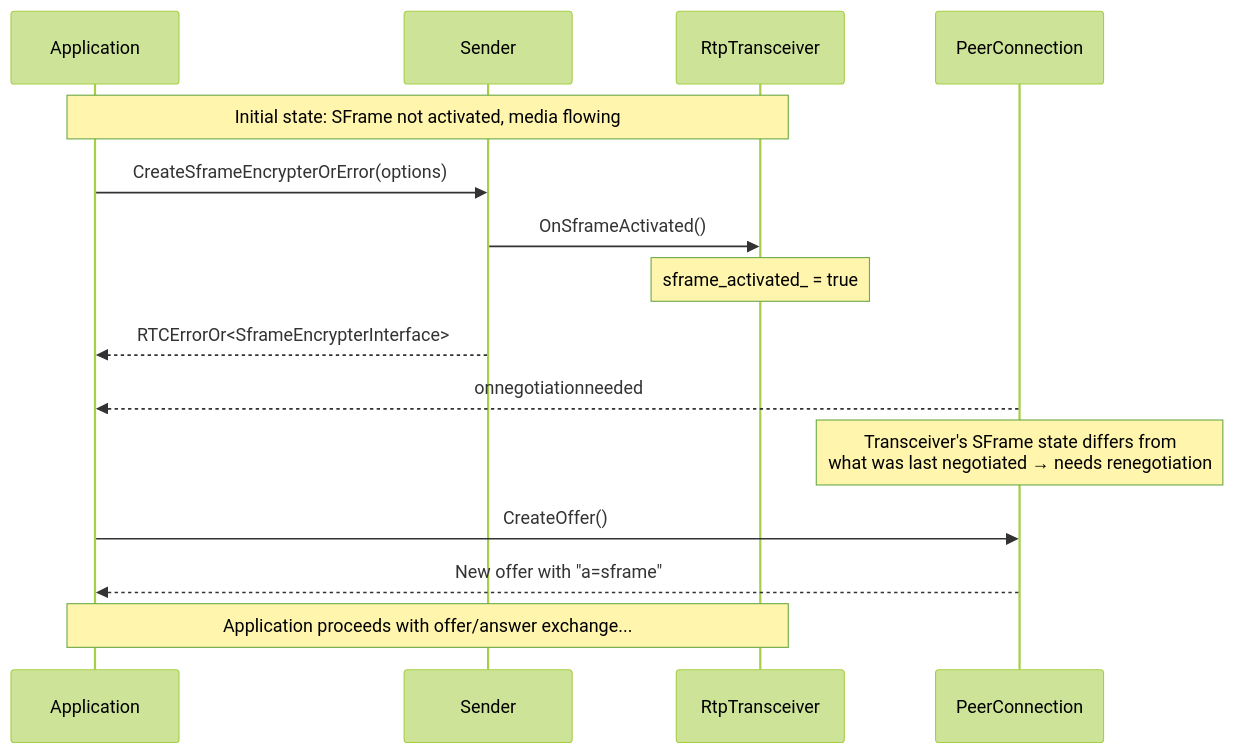
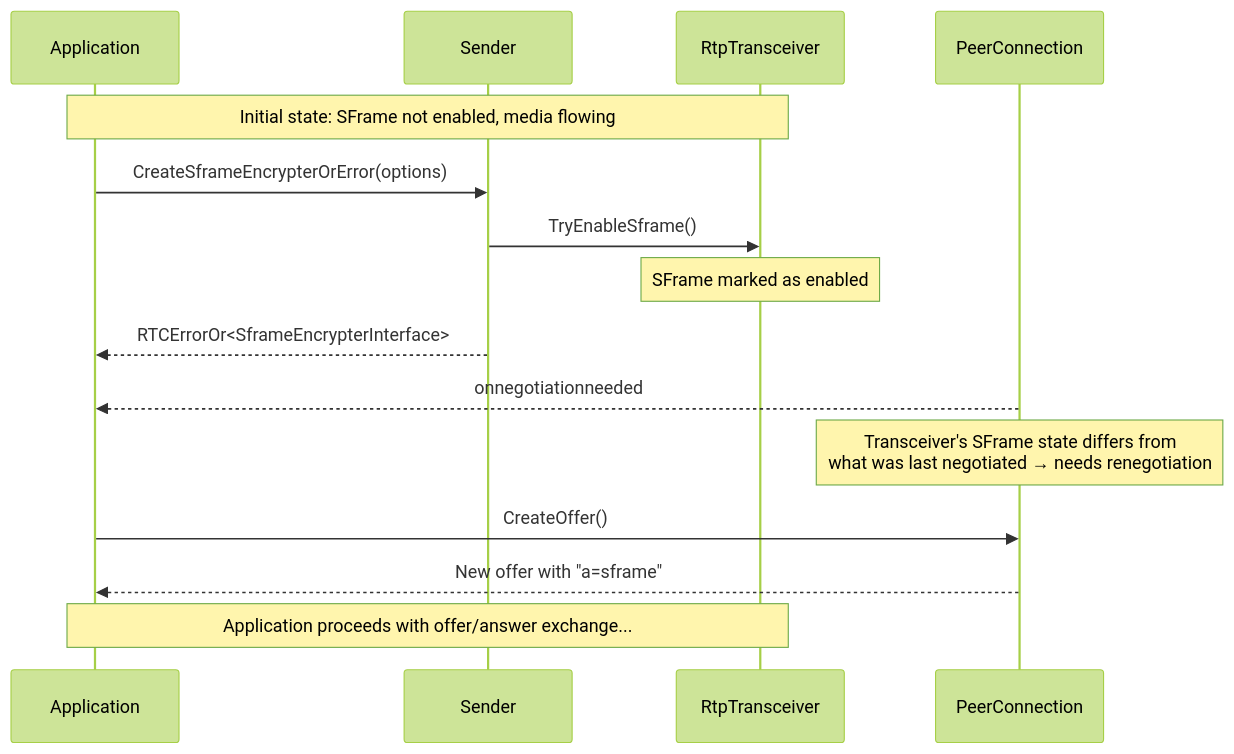
The fifth of 6 diagrams in negotiation.md (webex/webrtc-sframe), drawn with Mermaid (forest theme) before and after one commit. The commit also changed other lines of this file and 1 other file, not shown here.

````diff
--- a/negotiation.md
+++ b/negotiation.md
@@ -327,22 +327,22 @@
 ```mermaid
 sequenceDiagram
     participant App as Application
     participant S as Sender
     participant T as RtpTransceiver
     participant PC as PeerConnection
 
-    Note over App,T: Initial state: SFrame not activated, media flowing
+    Note over App,T: Initial state: SFrame not enabled, media flowing
 
     App->>S: CreateSframeEncrypterOrError(options)
-    S->>T: OnSframeActivated()
-    Note over T: sframe_activated_ = true
+    S->>T: TryEnableSframe()
+    Note over T: SFrame marked as enabled
     S-->>App: RTCErrorOr<SframeEncrypterInterface>
 
     PC-->>App: onnegotiationneeded
     Note over PC: Transceiver's SFrame state differs from<br/>what was last negotiated → needs renegotiation
 
     App->>PC: CreateOffer()
     PC-->>App: New offer with "a=sframe"
 
     Note over App,T: Application proceeds with offer/answer exchange...
 ```
````
